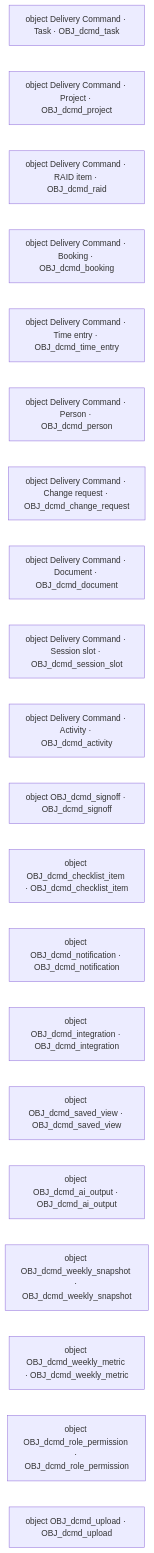
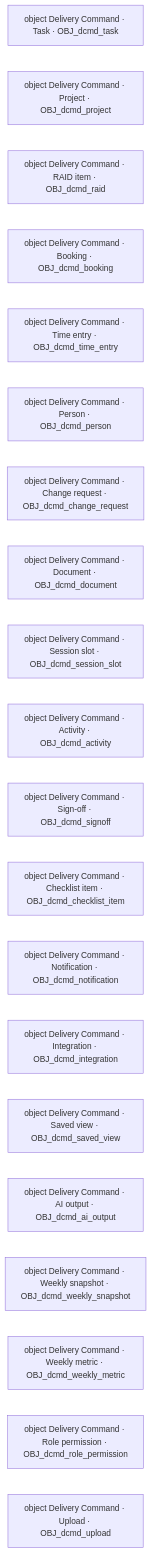
One commit to gouravUnifyapps/all-demo-foders changed the diagram in clickup/clickup-delivery-command-platform/.nebula/solution-chart.md. Above: the diagram before and after it, drawn with Mermaid. The commit also changed 23 other files, not shown here.

Commit message:
clickup/clickup-delivery-command-platform: after session 382b1b0f-8b04-5591-805d-15b67bc592e7 (POC POC-clickup-delivery-command-platform-20261023)

````diff
--- a/clickup/clickup-delivery-command-platform/.nebula/solution-chart.md
+++ b/clickup/clickup-delivery-command-platform/.nebula/solution-chart.md
@@ -3,23 +3,23 @@
 ```mermaid
 flowchart LR
   n1["object Delivery Command · Task · OBJ_dcmd_task"]
   n2["object Delivery Command · Project · OBJ_dcmd_project"]
   n3["object Delivery Command · RAID item · OBJ_dcmd_raid"]
   n4["object Delivery Command · Booking · OBJ_dcmd_booking"]
   n5["object Delivery Command · Time entry · OBJ_dcmd_time_entry"]
   n6["object Delivery Command · Person · OBJ_dcmd_person"]
   n7["object Delivery Command · Change request · OBJ_dcmd_change_request"]
   n8["object Delivery Command · Document · OBJ_dcmd_document"]
   n9["object Delivery Command · Session slot · OBJ_dcmd_session_slot"]
   n10["object Delivery Command · Activity · OBJ_dcmd_activity"]
-  n11["object OBJ_dcmd_signoff · OBJ_dcmd_signoff"]
-  n12["object OBJ_dcmd_checklist_item · OBJ_dcmd_checklist_item"]
-  n13["object OBJ_dcmd_notification · OBJ_dcmd_notification"]
-  n14["object OBJ_dcmd_integration · OBJ_dcmd_integration"]
-  n15["object OBJ_dcmd_saved_view · OBJ_dcmd_saved_view"]
-  n16["object OBJ_dcmd_ai_output · OBJ_dcmd_ai_output"]
-  n17["object OBJ_dcmd_weekly_snapshot · OBJ_dcmd_weekly_snapshot"]
-  n18["object OBJ_dcmd_weekly_metric · OBJ_dcmd_weekly_metric"]
-  n19["object OBJ_dcmd_role_permission · OBJ_dcmd_role_permission"]
-  n20["object OBJ_dcmd_upload · OBJ_dcmd_upload"]
+  n11["object Delivery Command · Sign-off · OBJ_dcmd_signoff"]
+  n12["object Delivery Command · Checklist item · OBJ_dcmd_checklist_item"]
+  n13["object Delivery Command · Notification · OBJ_dcmd_notification"]
+  n14["object Delivery Command · Integration · OBJ_dcmd_integration"]
+  n15["object Delivery Command · Saved view · OBJ_dcmd_saved_view"]
+  n16["object Delivery Command · AI output · OBJ_dcmd_ai_output"]
+  n17["object Delivery Command · Weekly snapshot · OBJ_dcmd_weekly_snapshot"]
+  n18["object Delivery Command · Weekly metric · OBJ_dcmd_weekly_metric"]
+  n19["object Delivery Command · Role permission · OBJ_dcmd_role_permission"]
+  n20["object Delivery Command · Upload · OBJ_dcmd_upload"]
 ```
````
